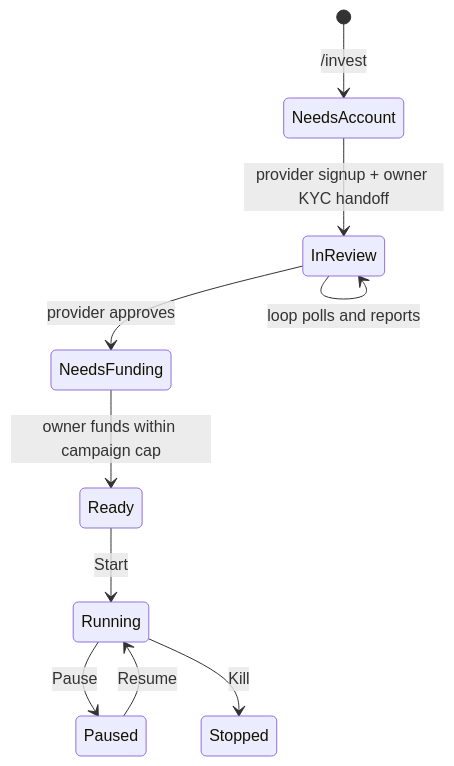
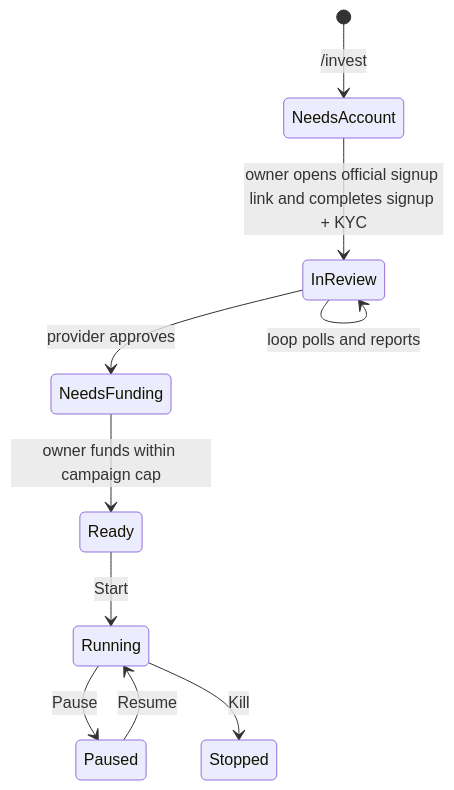
Before and after one commit to Daisuke134/anicca: the fourth of 4 diagrams in docs/superpowers/specs/2026-09-01-alpaca-money-maximizer-design.md, drawn with Mermaid. The commit also changed other lines of this file, not shown here.

Commit message:
docs: make investment signup handoff explicit

````diff
--- a/docs/superpowers/specs/2026-09-01-alpaca-money-maximizer-design.md
+++ b/docs/superpowers/specs/2026-09-01-alpaca-money-maximizer-design.md
@@ -705,12 +705,12 @@
 ```mermaid
 stateDiagram-v2
     [*] --> NeedsAccount: /invest
-    NeedsAccount --> InReview: provider signup + owner KYC handoff
+    NeedsAccount --> InReview: owner opens official signup link and completes signup + KYC
     InReview --> InReview: loop polls and reports
     InReview --> NeedsFunding: provider approves
     NeedsFunding --> Ready: owner funds within campaign cap
     Ready --> Running: Start
     Running --> Paused: Pause
     Paused --> Running: Resume
     Running --> Stopped: Kill
 ```
````
